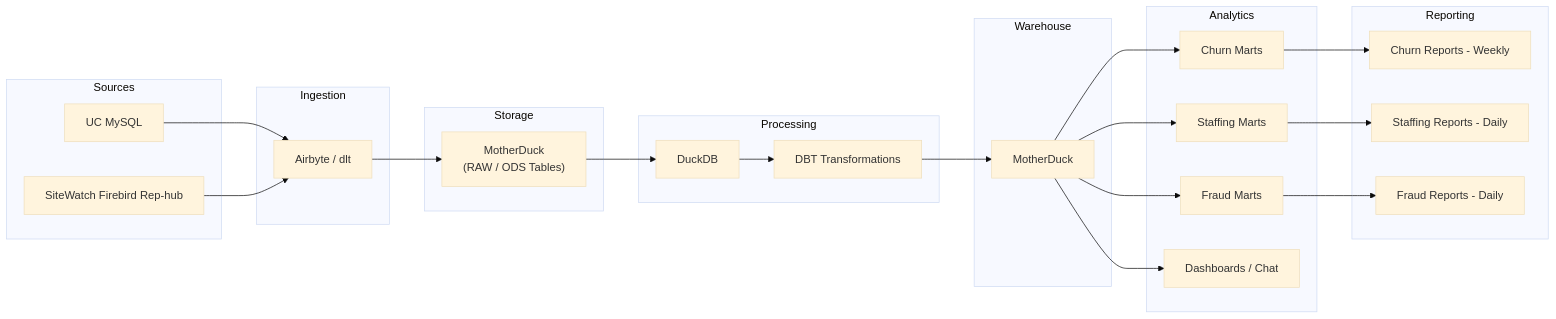
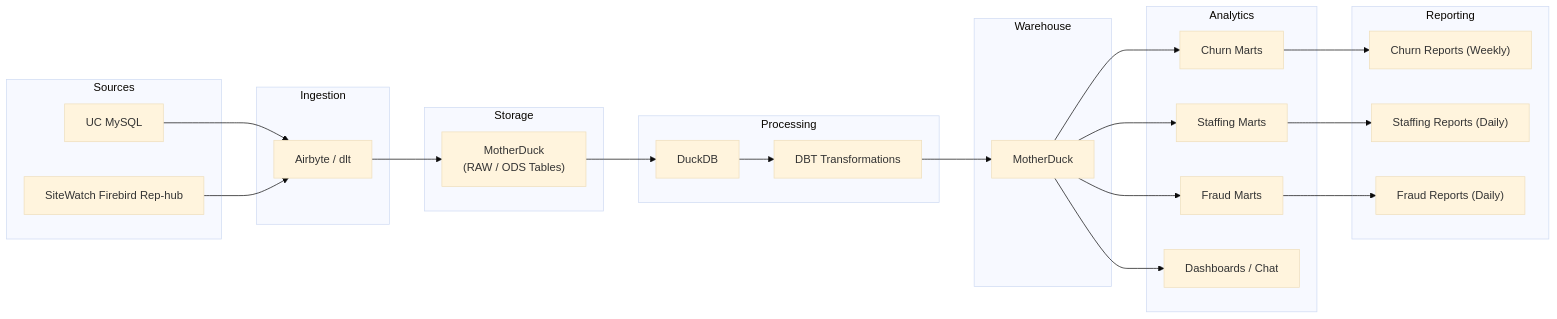
Before and after one commit to harihararaj-aifs/ChurnPrediction: the diagram in Phase2(Flowchart).md, drawn with Mermaid (base theme).

Commit message:
FlowChart update for the Phase 2

````diff
--- a/Phase2(Flowchart).md
+++ b/Phase2(Flowchart).md
@@ -17,52 +17,52 @@
 ```mermaid
 flowchart LR
 
 subgraph Sources
 A[UC MySQL]
 B[SiteWatch Firebird Rep-hub]
 end
 
 subgraph Ingestion
 C[Airbyte / dlt]
 end
 
 subgraph Storage
 D["MotherDuck<br>(RAW / ODS Tables)"]
 end
 
 subgraph Processing
 E[DuckDB]
 F[DBT Transformations]
 end
 
 subgraph Warehouse
 G[MotherDuck]
 end
 
 subgraph Analytics
 H[Churn Marts]
 I[Staffing Marts]
 J[Fraud Marts]
 K[Dashboards / Chat]
 end
 
 subgraph Reporting
-L[Churn Reports - Weekly]
-M[Staffing Reports - Daily]
-N[Fraud Reports - Daily]
+L["Churn Reports (Weekly)"]
+M["Staffing Reports (Daily)"]
+N["Fraud Reports (Daily)"]
 end
 
 A --> C
 B --> C
 C --> D
 D --> E
 E --> F
 F --> G
 G --> H
 G --> I
 G --> J
 G --> K
 H --> L
 I --> M
 J --> N
 ```
````
